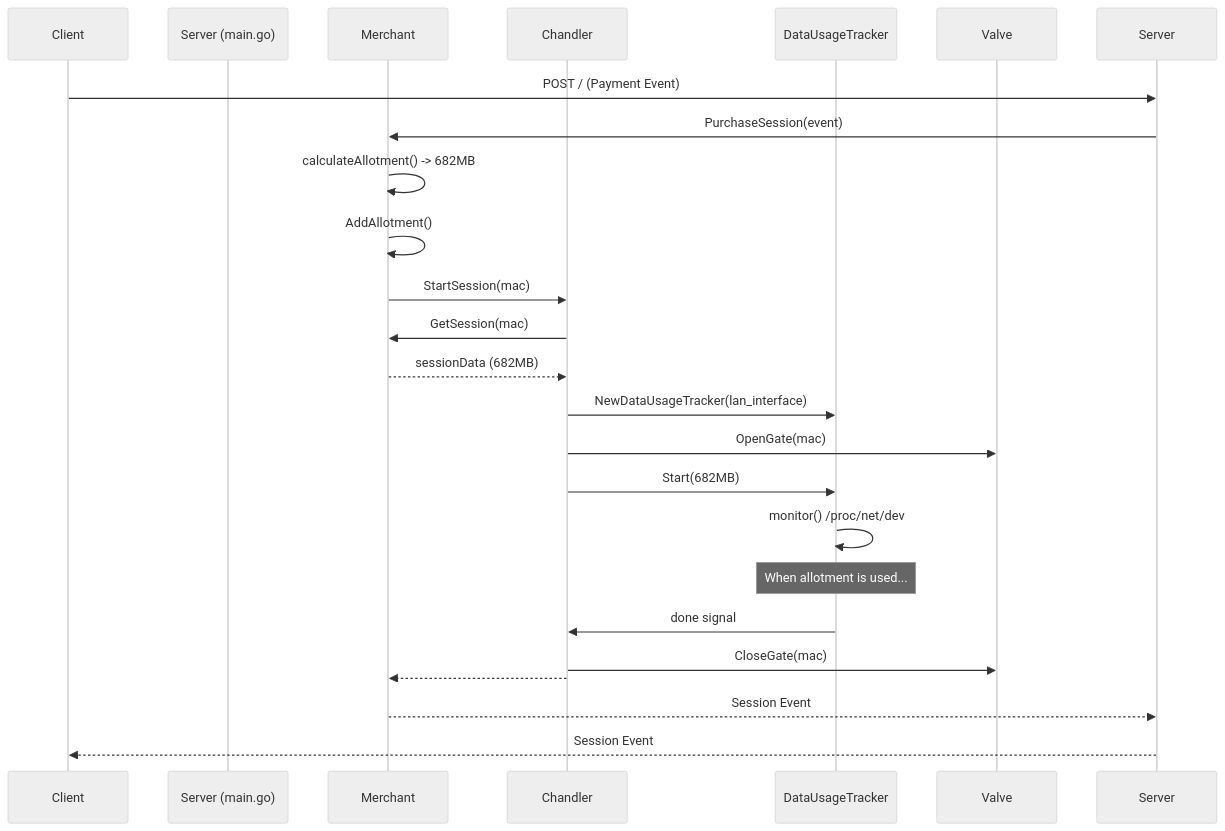
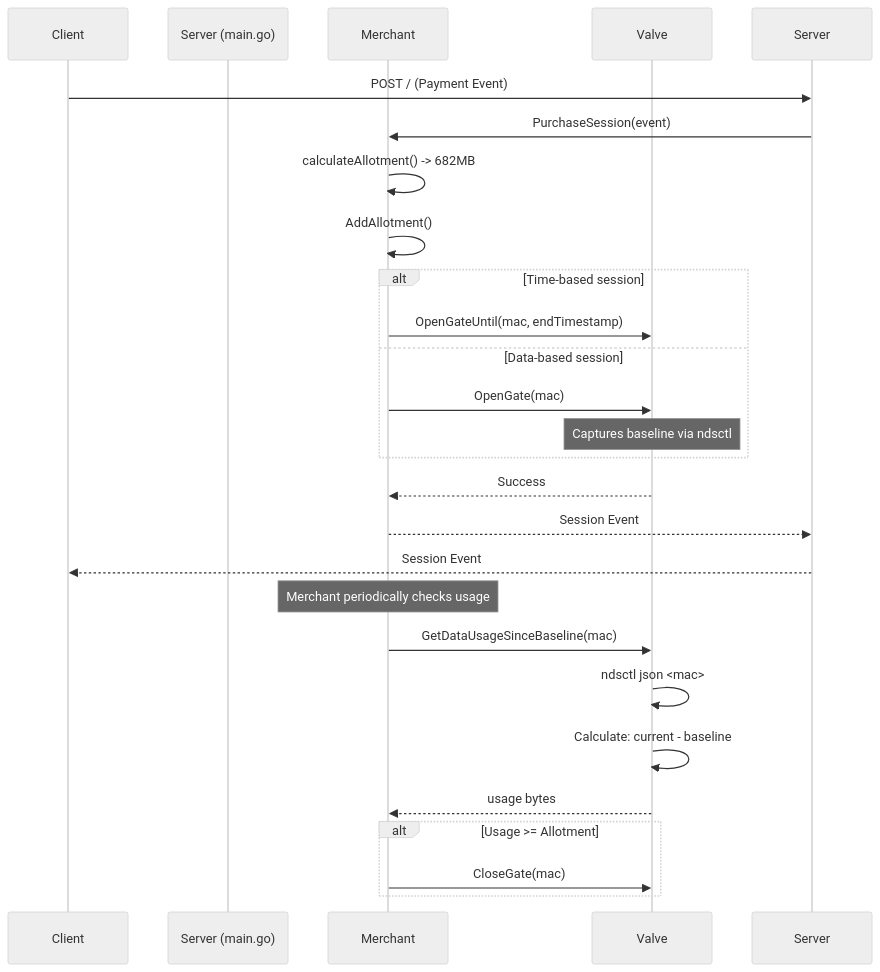
The diagram in docs/refactoring-session-management.md (OpenTollGate/tollgate-module-basic-go), drawn with Mermaid (neutral theme) before and after one commit. The commit also changed other lines of this file and 9 other files, not shown here.

Commit message:
usage tracking by ndsctl

````diff
--- a/docs/refactoring-session-management.md
+++ b/docs/refactoring-session-management.md
@@ -41,27 +70,33 @@
 ```mermaid
 sequenceDiagram
     participant Client
     participant Server (main.go)
     participant Merchant
-    participant Chandler
-    participant DataUsageTracker
     participant Valve
 
     Client->>Server: POST / (Payment Event)
     Server->>Merchant: PurchaseSession(event)
     Merchant->>Merchant: calculateAllotment() -> 682MB
     Merchant->>Merchant: AddAllotment()
-    Merchant->>Chandler: StartSession(mac)
-    Chandler->>Merchant: GetSession(mac)
-    Merchant-->>Chandler: sessionData (682MB)
-    Chandler->>DataUsageTracker: NewDataUsageTracker(lan_interface)
-    Chandler->>Valve: OpenGate(mac)
-    Chandler->>DataUsageTracker: Start(682MB)
-    DataUsageTracker->>DataUsageTracker: monitor() /proc/net/dev
-    Note over DataUsageTracker: When allotment is used...
-    DataUsageTracker->>Chandler: done signal
-    Chandler->>Valve: CloseGate(mac)
-    Chandler-->>Merchant: 
+    
+    alt Time-based session
+        Merchant->>Valve: OpenGateUntil(mac, endTimestamp)
+    else Data-based session
+        Merchant->>Valve: OpenGate(mac)
+        Note over Valve: Captures baseline via ndsctl
+    end
+    
+    Valve-->>Merchant: Success
     Merchant-->>Server: Session Event
     Server-->>Client: Session Event
+    
+    Note over Merchant: Merchant periodically checks usage
+    Merchant->>Valve: GetDataUsageSinceBaseline(mac)
+    Valve->>Valve: ndsctl json <mac>
+    Valve->>Valve: Calculate: current - baseline
+    Valve-->>Merchant: usage bytes
+    
+    alt Usage >= Allotment
+        Merchant->>Valve: CloseGate(mac)
+    end
 ```
````
